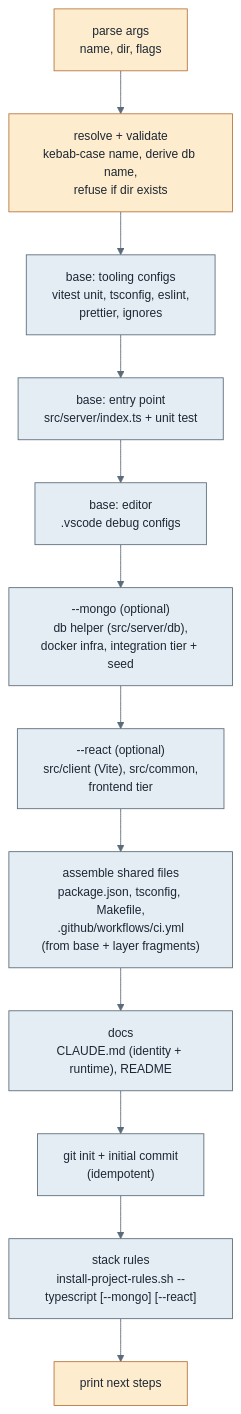
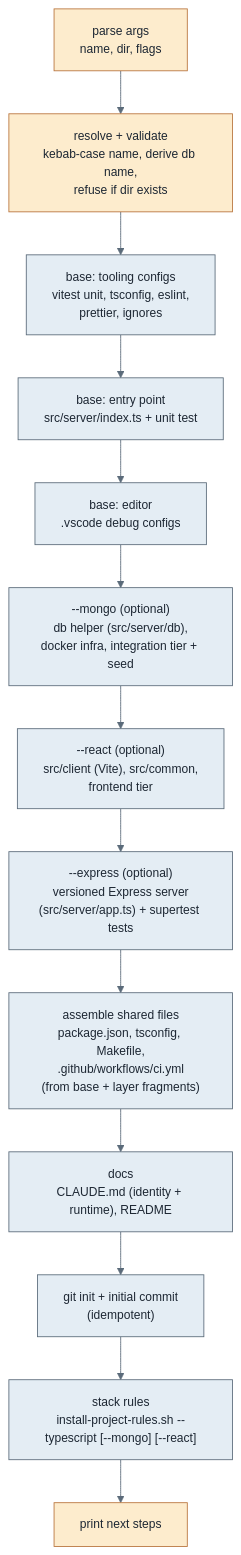
One commit to omerosaienni/agent-sdlc changed the second of 4 diagrams in docs/scripts.md. Above: the diagram before and after it, drawn with Mermaid. The commit also changed other lines of this file and 9 other files, not shown here.

Commit message:
Add an --express generator layer (#39)

````diff
--- a/docs/scripts.md
+++ b/docs/scripts.md
@@ -82,20 +85,21 @@
 ```mermaid
 %%{init: {'theme':'base','themeVariables':{'primaryColor':'#e4edf4','primaryTextColor':'#1d2733','primaryBorderColor':'#5b6b7a','lineColor':'#5b6b7a','fontSize':'14px'}}}%%
 flowchart TD
     args["parse args<br/>name, dir, flags"] --> resolve["resolve + validate<br/>kebab-case name, derive db name,<br/>refuse if dir exists"]
     resolve --> tooling["base: tooling configs<br/>vitest unit, tsconfig, eslint,<br/>prettier, ignores"]
     tooling --> entry["base: entry point<br/>src/server/index.ts + unit test"]
     entry --> editor["base: editor<br/>.vscode debug configs"]
     editor --> mongo["--mongo (optional)<br/>db helper (src/server/db),<br/>docker infra, integration tier + seed"]
     mongo --> react["--react (optional)<br/>src/client (Vite), src/common,<br/>frontend tier"]
-    react --> build["assemble shared files<br/>package.json, tsconfig, Makefile,<br/>.github/workflows/ci.yml<br/>(from base + layer fragments)"]
+    react --> express["--express (optional)<br/>versioned Express server<br/>(src/server/app.ts) + supertest tests"]
+    express --> build["assemble shared files<br/>package.json, tsconfig, Makefile,<br/>.github/workflows/ci.yml<br/>(from base + layer fragments)"]
     build --> docs["docs<br/>CLAUDE.md (identity + runtime), README"]
     docs --> git["git init + initial commit<br/>(idempotent)"]
     git --> rules["stack rules<br/>install-project-rules.sh --typescript [--mongo] [--react]"]
     rules --> done["print next steps"]
 
     classDef io fill:#fdeccd,stroke:#b8743d,color:#1d2733;
     classDef work fill:#e4edf4,stroke:#5b6b7a,color:#1d2733;
     class args,resolve,done io;
-    class tooling,entry,editor,mongo,react,build,docs,git,rules work;
+    class tooling,entry,editor,mongo,react,express,build,docs,git,rules work;
 ```
````
